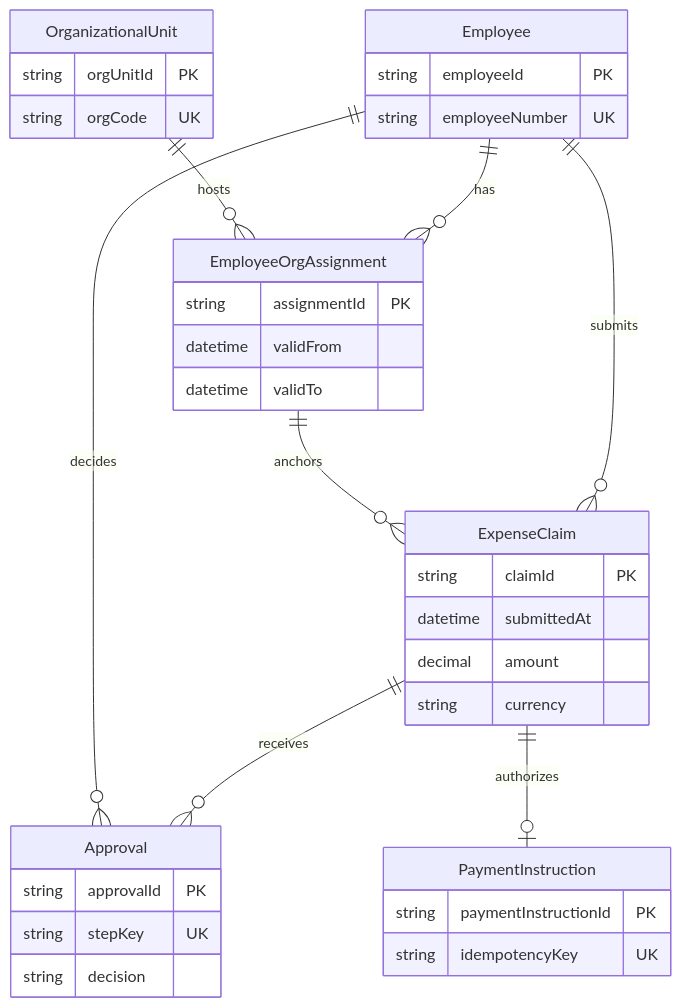
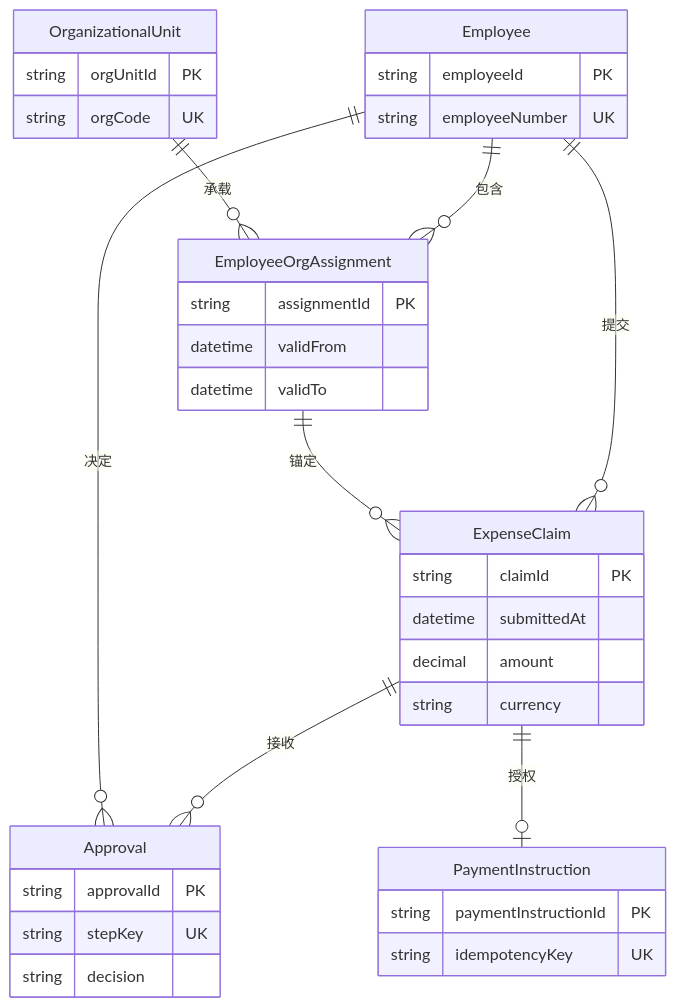
Before and after one commit to sealday/tego-arch: the diagram in content/modeling/mod-06-er-model-relationship-boundaries.mdx, drawn with Mermaid. The commit also changed other lines of this file and 68 other files, not shown here.

Commit message:
refactor(content): standardize architecture terminology

````diff
--- a/content/modeling/mod-06-er-model-relationship-boundaries.mdx
+++ b/content/modeling/mod-06-er-model-relationship-boundaries.mdx
@@ -77,39 +79,39 @@
 ```mermaid
 erDiagram
-  Employee ||--o{ ExpenseClaim : submits
-  ExpenseClaim ||--o{ Approval : receives
-  Employee ||--o{ Approval : decides
-  ExpenseClaim ||--o| PaymentInstruction : authorizes
-  Employee ||--o{ EmployeeOrgAssignment : has
-  OrganizationalUnit ||--o{ EmployeeOrgAssignment : hosts
-  EmployeeOrgAssignment ||--o{ ExpenseClaim : anchors
+  Employee ||--o{ ExpenseClaim : 提交
+  ExpenseClaim ||--o{ Approval : 接收
+  Employee ||--o{ Approval : 决定
+  ExpenseClaim ||--o| PaymentInstruction : 授权
+  Employee ||--o{ EmployeeOrgAssignment : 包含
+  OrganizationalUnit ||--o{ EmployeeOrgAssignment : 承载
+  EmployeeOrgAssignment ||--o{ ExpenseClaim : 锚定
 
   Employee {
     string employeeId PK
     string employeeNumber UK
   }
   OrganizationalUnit {
     string orgUnitId PK
     string orgCode UK
   }
   EmployeeOrgAssignment {
     string assignmentId PK
     datetime validFrom
     datetime validTo
   }
   ExpenseClaim {
     string claimId PK
     datetime submittedAt
     decimal amount
     string currency
   }
   Approval {
     string approvalId PK
     string stepKey UK
     string decision
   }
   PaymentInstruction {
     string paymentInstructionId PK
     string idempotencyKey UK
   }
 ```
````
